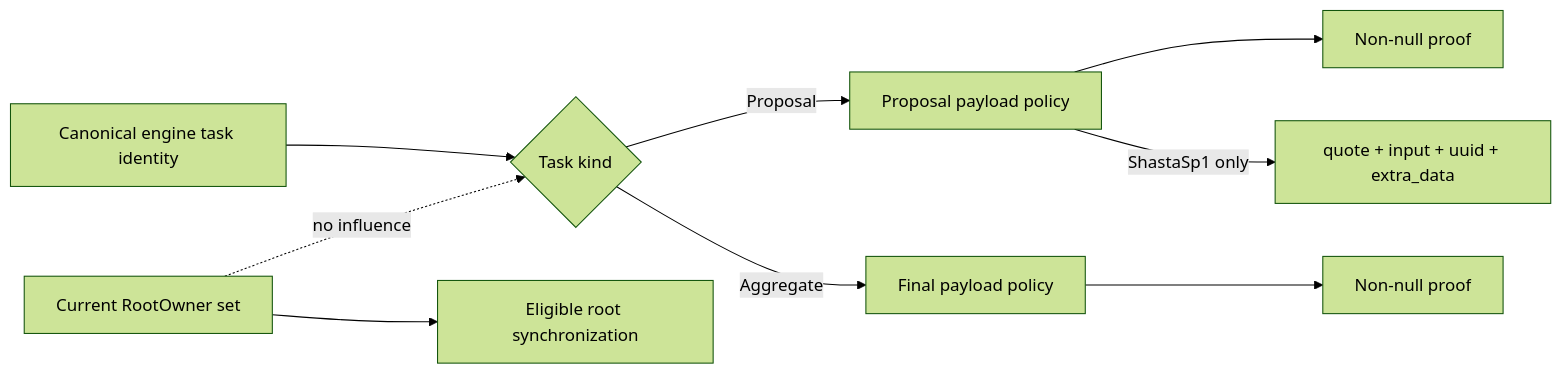
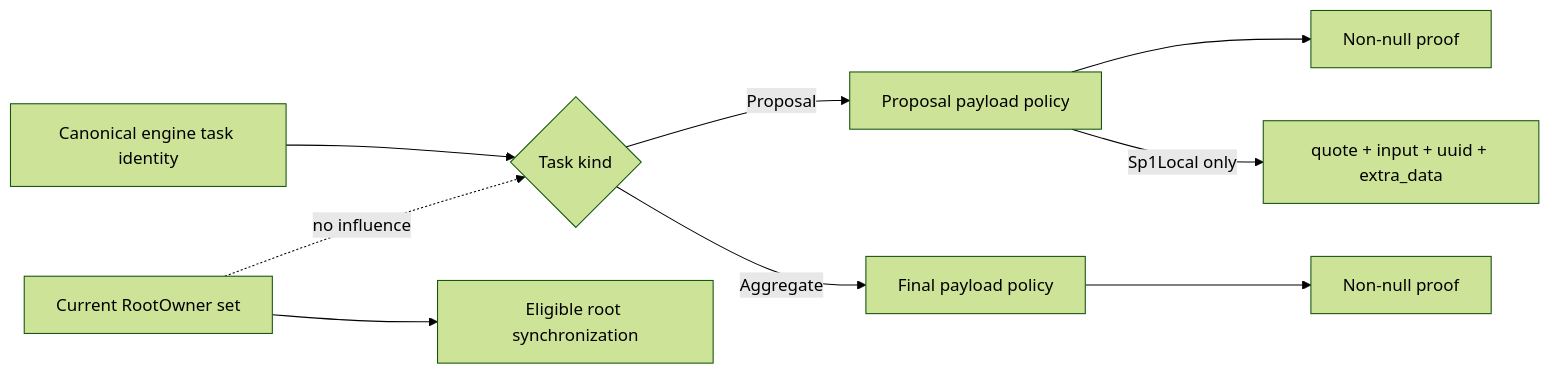
Before and after one commit to taikoxyz/raiko2: the third of 15 diagrams in docs/architecture.md, drawn with Mermaid (forest theme). The commit also changed other lines of this file and 104 other files, not shown here.

````diff
--- a/docs/architecture.md
+++ b/docs/architecture.md
@@ -188,11 +188,11 @@
 ```mermaid
 flowchart LR
   Task["Canonical engine task identity"] --> Kind{Task kind}
   Kind -->|Proposal| Proposal["Proposal payload policy"]
   Proposal --> Full["Non-null proof"]
-  Proposal -->|ShastaSp1 only| Compressed["quote + input + uuid + extra_data"]
+  Proposal -->|Sp1Local only| Compressed["quote + input + uuid + extra_data"]
   Kind -->|Aggregate| Aggregate["Final payload policy"]
   Aggregate --> Final["Non-null proof"]
   Owners["Current RootOwner set"] --> Activation["Eligible root synchronization"]
   Owners -. no influence .-> Kind
 ```
````
